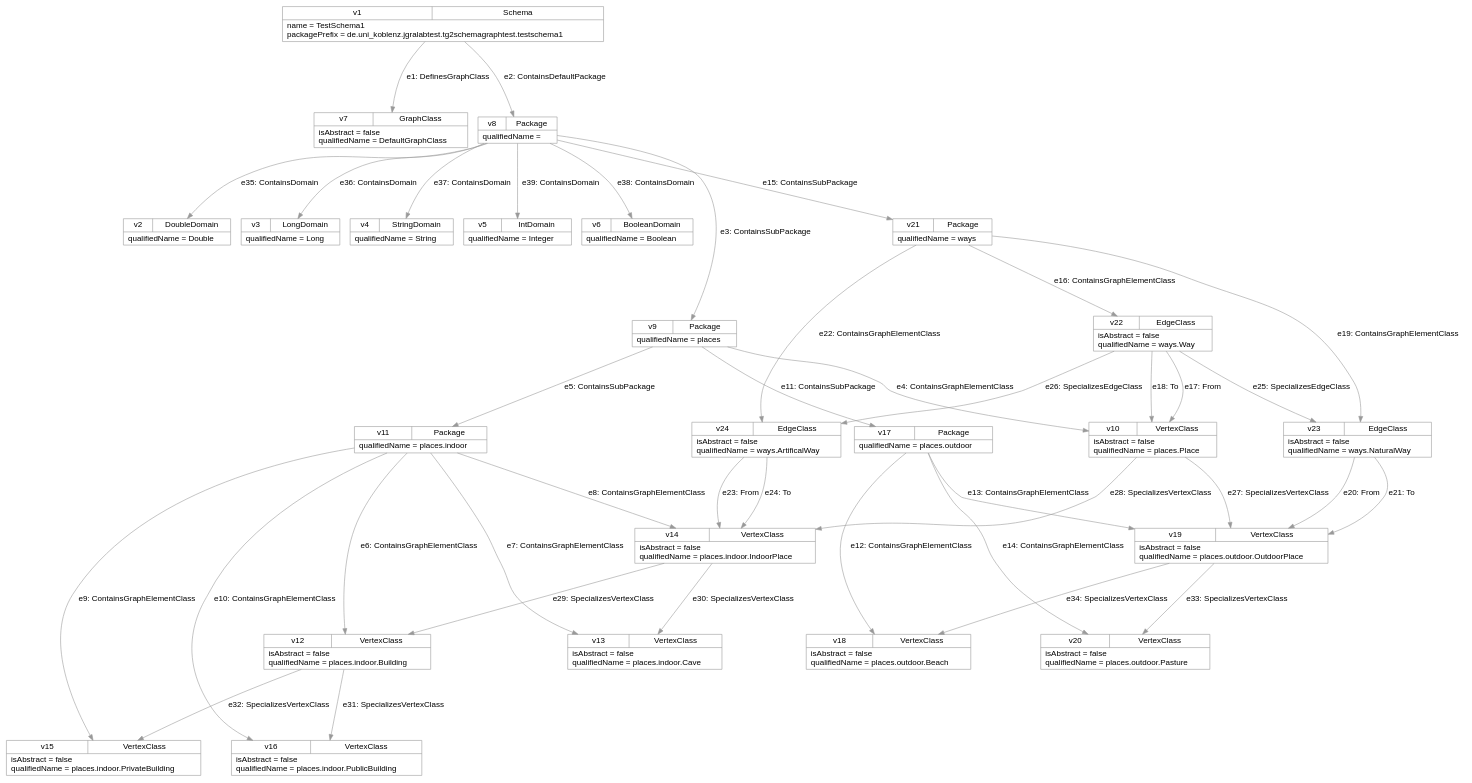
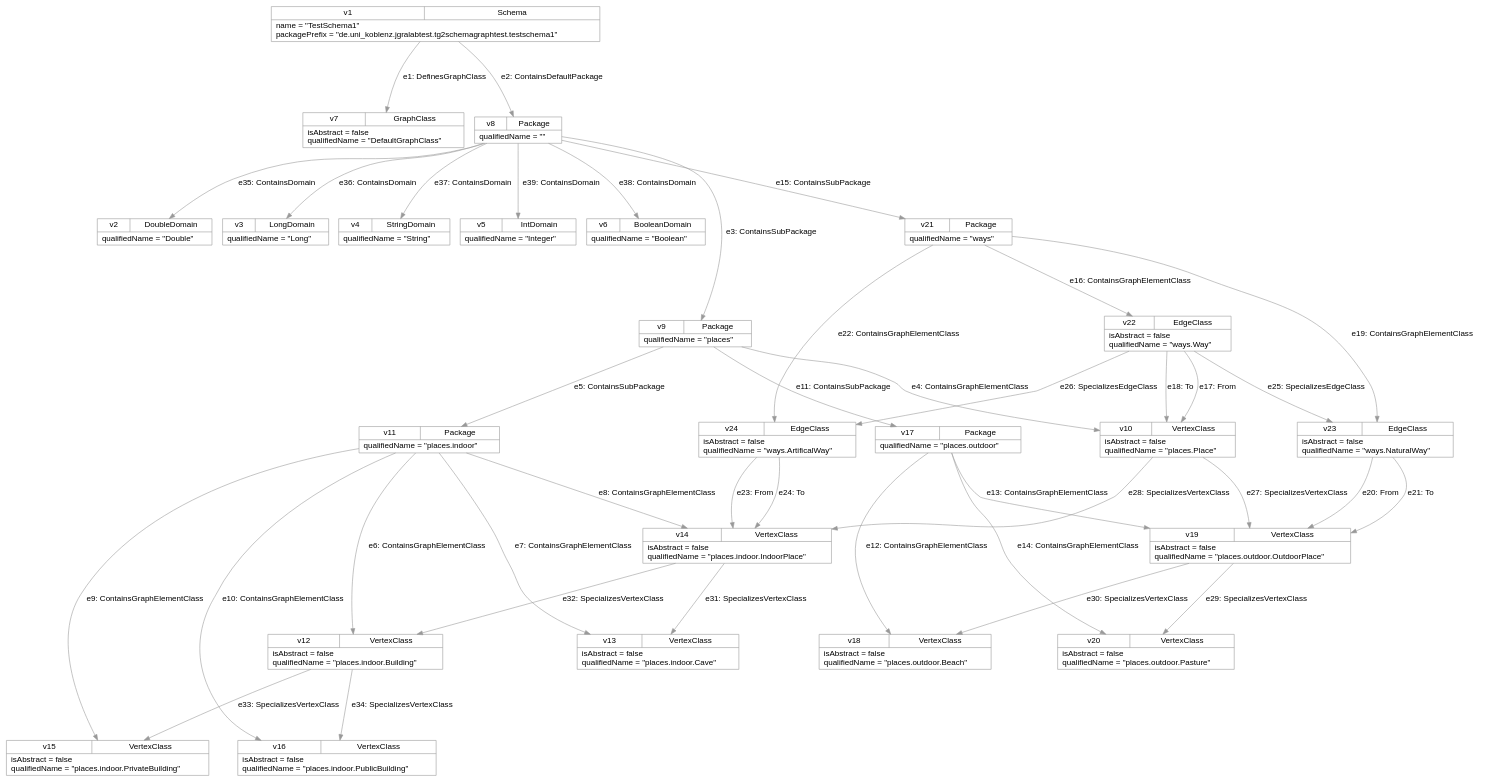
Before and after one commit to jgralab/jgralab: the diagram in testit/de/uni_koblenz/jgralabtest/tg2schemagraphtest/testgraph1.dot, drawn with Graphviz. The commit also changed 7 other files, not shown here.

Commit message:
Added Sebastians new Tg2SchemagraphTest and adapted it to the new grUML schema.

```diff
--- a/testit/de/uni_koblenz/jgralabtest/tg2schemagraphtest/testgraph1.dot
+++ b/testit/de/uni_koblenz/jgralabtest/tg2schemagraphtest/testgraph1.dot
@@ -1,70 +1,70 @@
 digraph "de.uni_koblenz.jgralabtest.tg2schemagraphtest.testschema1.TestSchema1"
 {
 ranksep="1.5";
 nodesep="0.25";
 node [shape="record" fontname="Helvetica" fontsize="14" color="#999999"];
 edge [fontname="Helvetica" fontsize="14" labelfontname="Helvetica" labelfontsize="14" color="#999999"];
-v1 [label="{{v1|Schema}|name = TestSchema1\lpackagePrefix = de.uni_koblenz.jgralabtest.tg2schemagraphtest.testschema1\l}"];
-v2 [label="{{v2|DoubleDomain}|qualifiedName = Double\l}"];
-v3 [label="{{v3|LongDomain}|qualifiedName = Long\l}"];
-v4 [label="{{v4|StringDomain}|qualifiedName = String\l}"];
-v5 [label="{{v5|IntDomain}|qualifiedName = Integer\l}"];
-v6 [label="{{v6|BooleanDomain}|qualifiedName = Boolean\l}"];
-v7 [label="{{v7|GraphClass}|isAbstract = false\lqualifiedName = DefaultGraphClass\l}"];
-v8 [label="{{v8|Package}|qualifiedName = \l}"];
-v9 [label="{{v9|Package}|qualifiedName = places\l}"];
-v10 [label="{{v10|VertexClass}|isAbstract = false\lqualifiedName = places.Place\l}"];
-v11 [label="{{v11|Package}|qualifiedName = places.indoor\l}"];
-v12 [label="{{v12|VertexClass}|isAbstract = false\lqualifiedName = places.indoor.Building\l}"];
-v13 [label="{{v13|VertexClass}|isAbstract = false\lqualifiedName = places.indoor.Cave\l}"];
-v14 [label="{{v14|VertexClass}|isAbstract = false\lqualifiedName = places.indoor.IndoorPlace\l}"];
-v15 [label="{{v15|VertexClass}|isAbstract = false\lqualifiedName = places.indoor.PrivateBuilding\l}"];
-v16 [label="{{v16|VertexClass}|isAbstract = false\lqualifiedName = places.indoor.PublicBuilding\l}"];
-v17 [label="{{v17|Package}|qualifiedName = places.outdoor\l}"];
-v18 [label="{{v18|VertexClass}|isAbstract = false\lqualifiedName = places.outdoor.Beach\l}"];
-v19 [label="{{v19|VertexClass}|isAbstract = false\lqualifiedName = places.outdoor.OutdoorPlace\l}"];
-v20 [label="{{v20|VertexClass}|isAbstract = false\lqualifiedName = places.outdoor.Pasture\l}"];
-v21 [label="{{v21|Package}|qualifiedName = ways\l}"];
-v22 [label="{{v22|EdgeClass}|isAbstract = false\lqualifiedName = ways.Way\l}"];
-v23 [label="{{v23|EdgeClass}|isAbstract = false\lqualifiedName = ways.NaturalWay\l}"];
-v24 [label="{{v24|EdgeClass}|isAbstract = false\lqualifiedName = ways.ArtificalWay\l}"];
+v1 [label="{{v1|Schema}|name = \"TestSchema1\"\lpackagePrefix = \"de.uni_koblenz.jgralabtest.tg2schemagraphtest.testschema1\"\l}"];
+v2 [label="{{v2|DoubleDomain}|qualifiedName = \"Double\"\l}"];
+v3 [label="{{v3|LongDomain}|qualifiedName = \"Long\"\l}"];
+v4 [label="{{v4|StringDomain}|qualifiedName = \"String\"\l}"];
+v5 [label="{{v5|IntDomain}|qualifiedName = \"Integer\"\l}"];
+v6 [label="{{v6|BooleanDomain}|qualifiedName = \"Boolean\"\l}"];
+v7 [label="{{v7|GraphClass}|isAbstract = false\lqualifiedName = \"DefaultGraphClass\"\l}"];
+v8 [label="{{v8|Package}|qualifiedName = \"\"\l}"];
+v9 [label="{{v9|Package}|qualifiedName = \"places\"\l}"];
+v10 [label="{{v10|VertexClass}|isAbstract = false\lqualifiedName = \"places.Place\"\l}"];
+v11 [label="{{v11|Package}|qualifiedName = \"places.indoor\"\l}"];
+v12 [label="{{v12|VertexClass}|isAbstract = false\lqualifiedName = \"places.indoor.Building\"\l}"];
+v13 [label="{{v13|VertexClass}|isAbstract = false\lqualifiedName = \"places.indoor.Cave\"\l}"];
+v14 [label="{{v14|VertexClass}|isAbstract = false\lqualifiedName = \"places.indoor.IndoorPlace\"\l}"];
+v15 [label="{{v15|VertexClass}|isAbstract = false\lqualifiedName = \"places.indoor.PrivateBuilding\"\l}"];
+v16 [label="{{v16|VertexClass}|isAbstract = false\lqualifiedName = \"places.indoor.PublicBuilding\"\l}"];
+v17 [label="{{v17|Package}|qualifiedName = \"places.outdoor\"\l}"];
+v18 [label="{{v18|VertexClass}|isAbstract = false\lqualifiedName = \"places.outdoor.Beach\"\l}"];
+v19 [label="{{v19|VertexClass}|isAbstract = false\lqualifiedName = \"places.outdoor.OutdoorPlace\"\l}"];
+v20 [label="{{v20|VertexClass}|isAbstract = false\lqualifiedName = \"places.outdoor.Pasture\"\l}"];
+v21 [label="{{v21|Package}|qualifiedName = \"ways\"\l}"];
+v22 [label="{{v22|EdgeClass}|isAbstract = false\lqualifiedName = \"ways.Way\"\l}"];
+v23 [label="{{v23|EdgeClass}|isAbstract = false\lqualifiedName = \"ways.NaturalWay\"\l}"];
+v24 [label="{{v24|EdgeClass}|isAbstract = false\lqualifiedName = \"ways.ArtificalWay\"\l}"];
 v1 -> v7 [label="e1: DefinesGraphClass"];
 v1 -> v8 [label="e2: ContainsDefaultPackage"];
 v8 -> v9 [label="e3: ContainsSubPackage"];
 v9 -> v10 [label="e4: ContainsGraphElementClass"];
 v9 -> v11 [label="e5: ContainsSubPackage"];
 v11 -> v12 [label="e6: ContainsGraphElementClass"];
 v11 -> v13 [label="e7: ContainsGraphElementClass"];
 v11 -> v14 [label="e8: ContainsGraphElementClass"];
 v11 -> v15 [label="e9: ContainsGraphElementClass"];
 v11 -> v16 [label="e10: ContainsGraphElementClass"];
 v9 -> v17 [label="e11: ContainsSubPackage"];
 v17 -> v18 [label="e12: ContainsGraphElementClass"];
 v17 -> v19 [label="e13: ContainsGraphElementClass"];
 v17 -> v20 [label="e14: ContainsGraphElementClass"];
 v8 -> v21 [label="e15: ContainsSubPackage"];
 v21 -> v22 [label="e16: ContainsGraphElementClass"];
 v22 -> v10 [label="e17: From"];
 v22 -> v10 [label="e18: To"];
 v21 -> v23 [label="e19: ContainsGraphElementClass"];
 v23 -> v19 [label="e20: From"];
 v23 -> v19 [label="e21: To"];
 v21 -> v24 [label="e22: ContainsGraphElementClass"];
 v24 -> v14 [label="e23: From"];
 v24 -> v14 [label="e24: To"];
 v22 -> v23 [label="e25: SpecializesEdgeClass"];
 v22 -> v24 [label="e26: SpecializesEdgeClass"];
 v10 -> v19 [label="e27: SpecializesVertexClass"];
 v10 -> v14 [label="e28: SpecializesVertexClass"];
-v14 -> v12 [label="e29: SpecializesVertexClass"];
-v14 -> v13 [label="e30: SpecializesVertexClass"];
-v12 -> v16 [label="e31: SpecializesVertexClass"];
-v12 -> v15 [label="e32: SpecializesVertexClass"];
-v19 -> v20 [label="e33: SpecializesVertexClass"];
-v19 -> v18 [label="e34: SpecializesVertexClass"];
+v19 -> v20 [label="e29: SpecializesVertexClass"];
+v19 -> v18 [label="e30: SpecializesVertexClass"];
+v14 -> v13 [label="e31: SpecializesVertexClass"];
+v14 -> v12 [label="e32: SpecializesVertexClass"];
+v12 -> v15 [label="e33: SpecializesVertexClass"];
+v12 -> v16 [label="e34: SpecializesVertexClass"];
 v8 -> v2 [label="e35: ContainsDomain"];
 v8 -> v3 [label="e36: ContainsDomain"];
 v8 -> v4 [label="e37: ContainsDomain"];
 v8 -> v6 [label="e38: ContainsDomain"];
 v8 -> v5 [label="e39: ContainsDomain"];
 }
```
